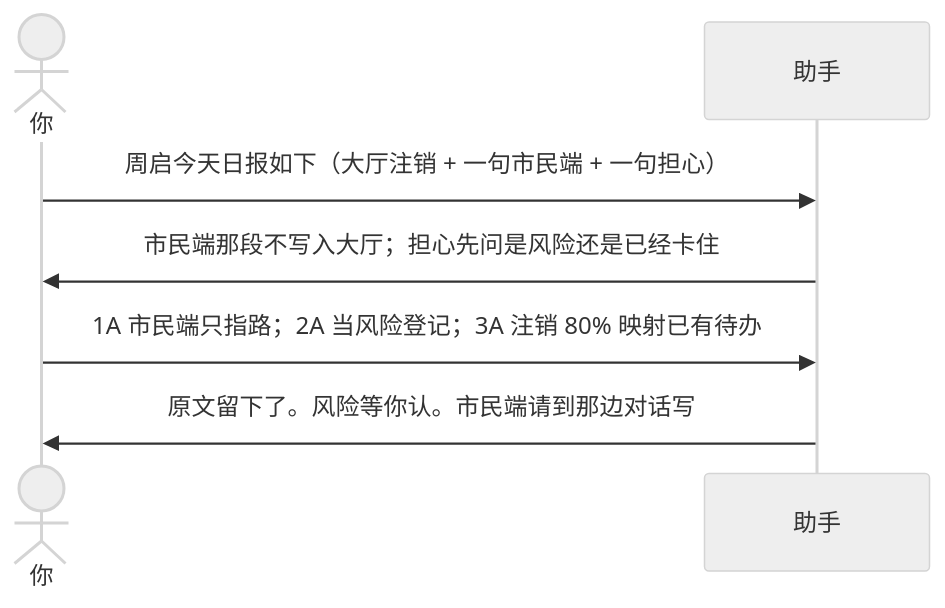
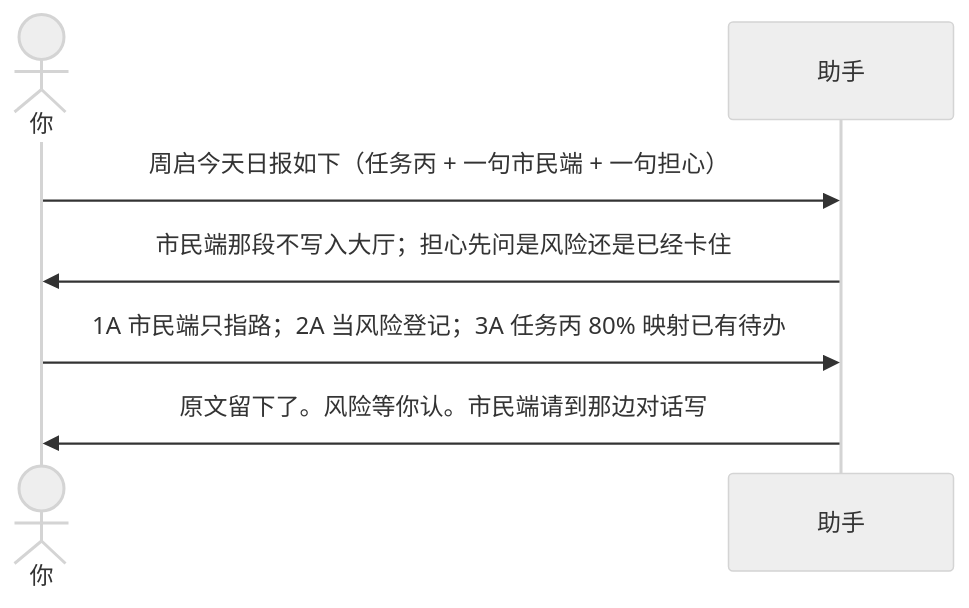
Before and after one commit to qiusuo0226/chrono-pm-skill: the first of 3 diagrams in examples/06-记日报.md, drawn with Mermaid (neutral theme). The commit also changed other lines of this file and 16 other files, not shown here.

````diff
--- a/examples/06-记日报.md
+++ b/examples/06-记日报.md
@@ -11,10 +11,10 @@
 ```mermaid
 sequenceDiagram
     actor You as 你
     participant AI as 助手
 
-    You->>AI: 周启今天日报如下（大厅注销 + 一句市民端 + 一句担心）
+    You->>AI: 周启今天日报如下（任务丙 + 一句市民端 + 一句担心）
     AI->>You: 市民端那段不写入大厅；担心先问是风险还是已经卡住
-    You->>AI: 1A 市民端只指路；2A 当风险登记；3A 注销 80% 映射已有待办
+    You->>AI: 1A 市民端只指路；2A 当风险登记；3A 任务丙 80% 映射已有待办
     AI->>You: 原文留下了。风险等你认。市民端请到那边对话写
 ```
````
